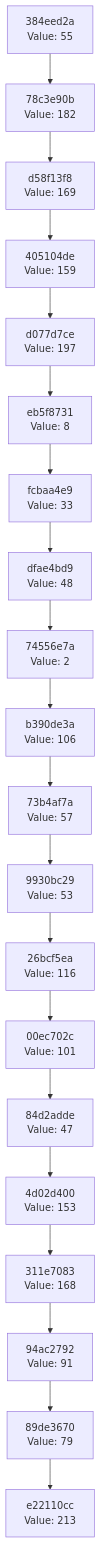
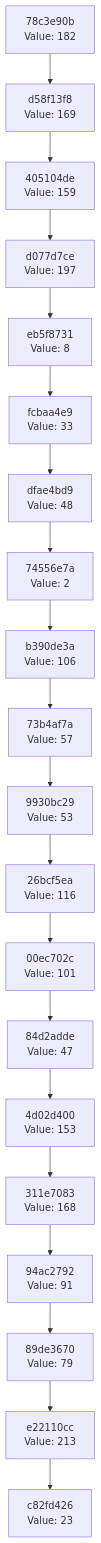
Before and after one commit to Abhisheksinha1506/hash-chain-evolver: the diagram in docs/CHAIN_VISUALIZATION.md, drawn with Mermaid. The commit also changed 2 other files, not shown here.

Commit message:
Evolution Step

````diff
--- a/docs/CHAIN_VISUALIZATION.md
+++ b/docs/CHAIN_VISUALIZATION.md
@@ -3,42 +3,42 @@
 ```mermaid
 graph TD
-    C0["e22110cc<br/>Value: 213"]
-    C1["89de3670<br/>Value: 79"]
+    C0["c82fd426<br/>Value: 23"]
+    C1["e22110cc<br/>Value: 213"]
     C1 --> C0
-    C2["94ac2792<br/>Value: 91"]
+    C2["89de3670<br/>Value: 79"]
     C2 --> C1
-    C3["311e7083<br/>Value: 168"]
+    C3["94ac2792<br/>Value: 91"]
     C3 --> C2
-    C4["4d02d400<br/>Value: 153"]
+    C4["311e7083<br/>Value: 168"]
     C4 --> C3
-    C5["84d2adde<br/>Value: 47"]
+    C5["4d02d400<br/>Value: 153"]
     C5 --> C4
-    C6["00ec702c<br/>Value: 101"]
+    C6["84d2adde<br/>Value: 47"]
     C6 --> C5
-    C7["26bcf5ea<br/>Value: 116"]
+    C7["00ec702c<br/>Value: 101"]
     C7 --> C6
-    C8["9930bc29<br/>Value: 53"]
+    C8["26bcf5ea<br/>Value: 116"]
     C8 --> C7
-    C9["73b4af7a<br/>Value: 57"]
+    C9["9930bc29<br/>Value: 53"]
     C9 --> C8
-    C10["b390de3a<br/>Value: 106"]
+    C10["73b4af7a<br/>Value: 57"]
     C10 --> C9
-    C11["74556e7a<br/>Value: 2"]
+    C11["b390de3a<br/>Value: 106"]
     C11 --> C10
-    C12["dfae4bd9<br/>Value: 48"]
+    C12["74556e7a<br/>Value: 2"]
     C12 --> C11
-    C13["fcbaa4e9<br/>Value: 33"]
+    C13["dfae4bd9<br/>Value: 48"]
     C13 --> C12
-    C14["eb5f8731<br/>Value: 8"]
+    C14["fcbaa4e9<br/>Value: 33"]
     C14 --> C13
-    C15["d077d7ce<br/>Value: 197"]
+    C15["eb5f8731<br/>Value: 8"]
     C15 --> C14
-    C16["405104de<br/>Value: 159"]
+    C16["d077d7ce<br/>Value: 197"]
     C16 --> C15
-    C17["d58f13f8<br/>Value: 169"]
+    C17["405104de<br/>Value: 159"]
     C17 --> C16
-    C18["78c3e90b<br/>Value: 182"]
+    C18["d58f13f8<br/>Value: 169"]
     C18 --> C17
-    C19["384eed2a<br/>Value: 55"]
+    C19["78c3e90b<br/>Value: 182"]
     C19 --> C18
 ```
````
